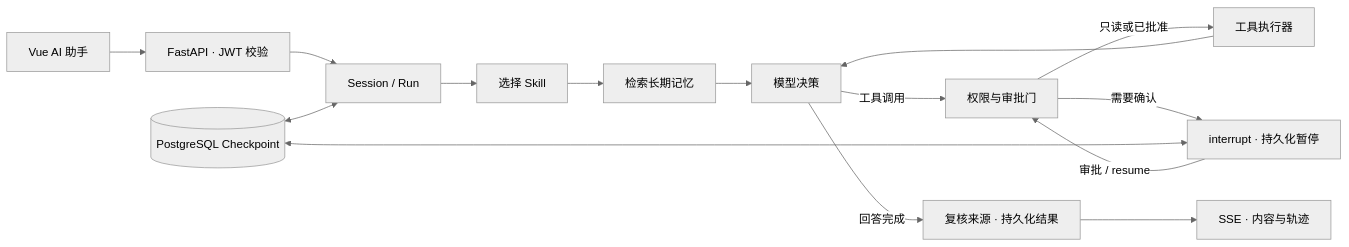
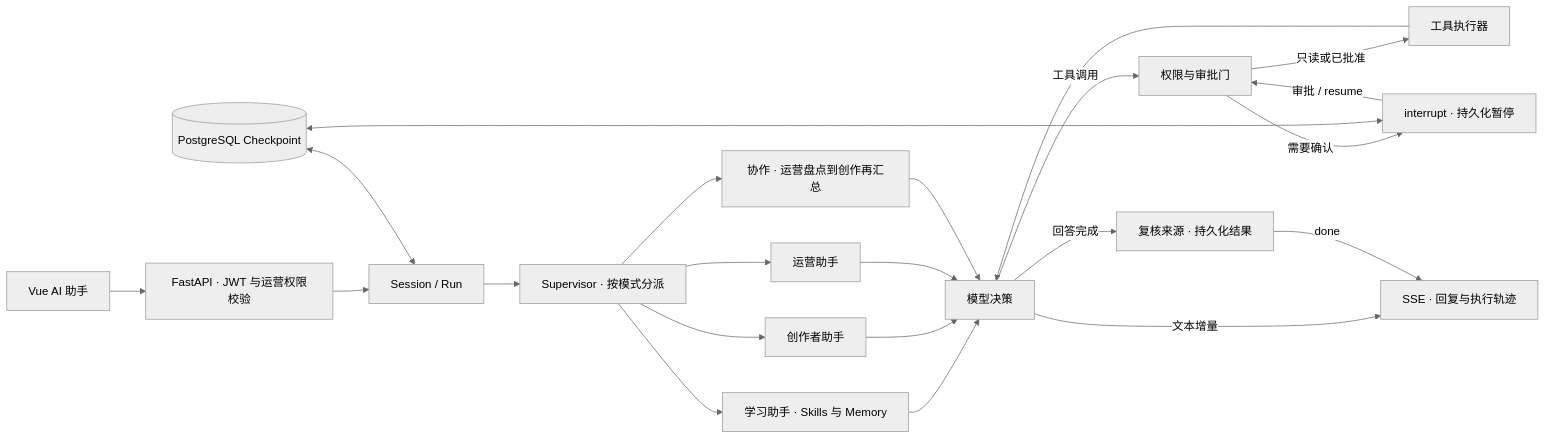
One commit to sXiang555/LearnTrail changed the diagram in learntrail-agent/README.md. Above: the diagram before and after it, drawn with Mermaid (neutral theme). The commit also changed other lines of this file and 3 other files, not shown here.

Commit message:
docs: update platform and Agent architecture

````diff
--- a/learntrail-agent/README.md
+++ b/learntrail-agent/README.md
@@ -23,17 +23,21 @@
 ```mermaid
 flowchart LR
-    UI[Vue AI 助手] --> API[FastAPI · JWT 校验]
+    UI[Vue AI 助手] --> API[FastAPI · JWT 与运营权限校验]
     API --> Session[Session / Run]
-    Session --> Skills[选择 Skill]
-    Skills --> Memory[检索长期记忆]
-    Memory --> Model[模型决策]
+    Session --> Supervisor[Supervisor · 按模式分派]
+    Supervisor --> Learning[学习助手 · Skills 与 Memory]
+    Supervisor --> Creator[创作者助手]
+    Supervisor --> Operations[运营助手]
+    Supervisor --> Collaboration[协作 · 运营盘点到创作再汇总]
+    Learning & Creator & Operations & Collaboration --> Model[模型决策]
     Model -->|工具调用| Gate[权限与审批门]
     Gate -->|只读或已批准| Tools[工具执行器]
     Tools --> Model
     Gate -->|需要确认| Pause[interrupt · 持久化暂停]
     Pause -->|审批 / resume| Gate
+    Model -->|文本增量| SSE[SSE · 回复与执行轨迹]
     Model -->|回答完成| Verify[复核来源 · 持久化结果]
-    Verify --> SSE[SSE · 内容与轨迹]
+    Verify -->|done| SSE
     PG[(PostgreSQL Checkpoint)] <--> Session
     PG <--> Pause
 ```
````
